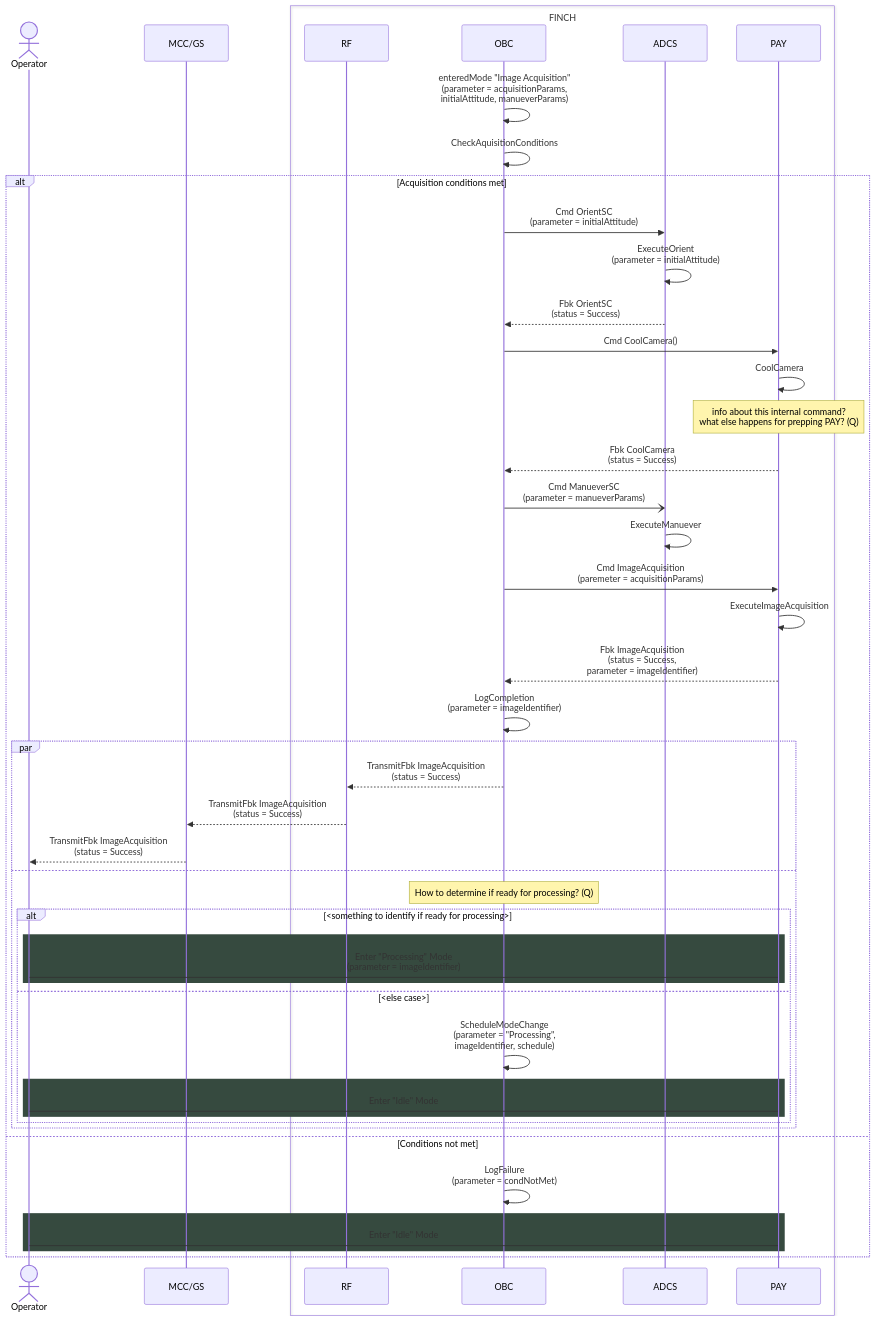
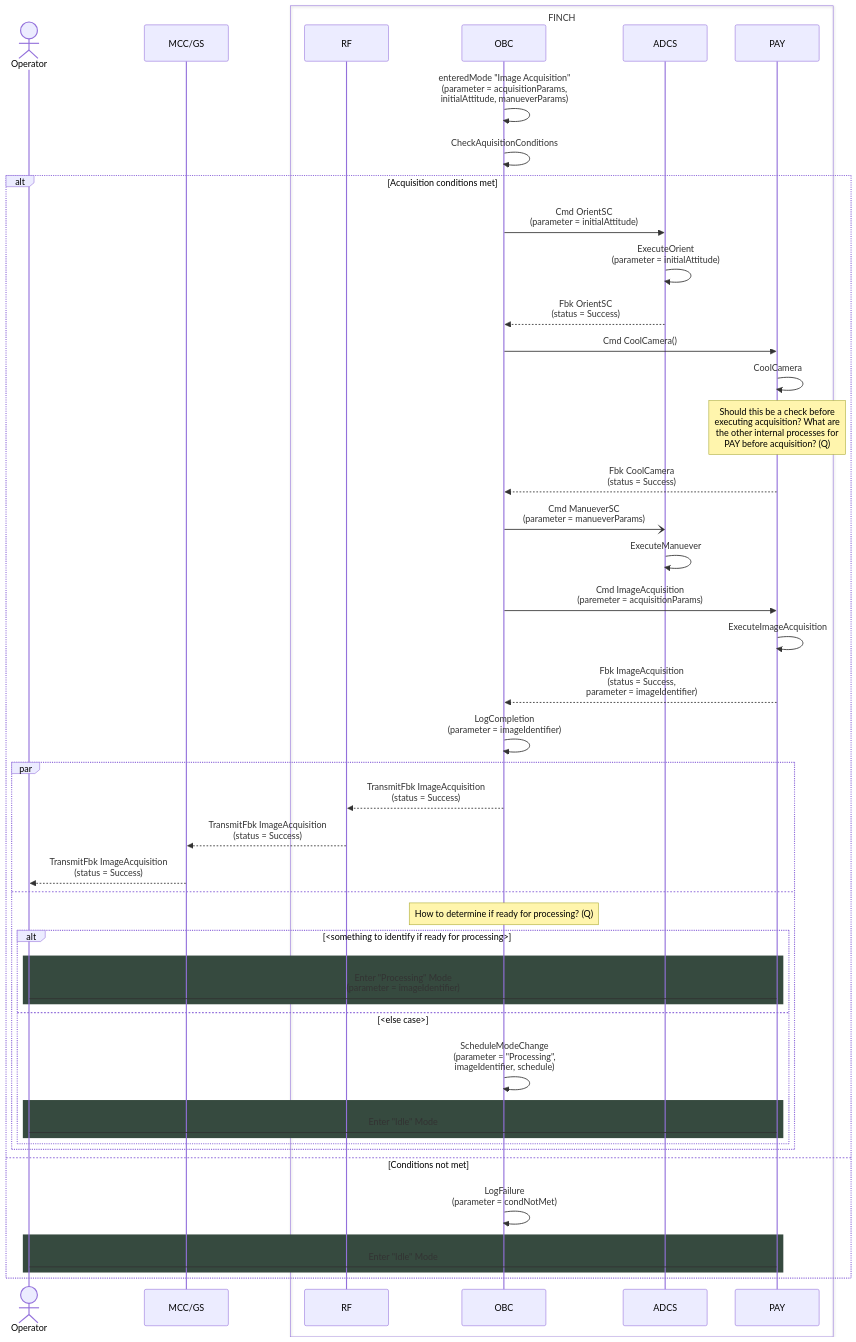
The diagram in command sequences/acquisition-command.md (Addy-lit/FINCH-system-architecture), drawn with Mermaid before and after one commit.

````diff
--- a/command sequences/acquisition-command.md
+++ b/command sequences/acquisition-command.md
@@ -2,56 +2,56 @@
 ```mermaid
 sequenceDiagram
     Actor Operator
     participant MCC/GS
     box FINCH
         participant RF
         participant OBC
         participant ADCS
         participant PAY
     end
 
     OBC ->> OBC: enteredMode "Image Acquisition" <br> (parameter = acquisitionParams, <br> initialAttitude, manueverParams)
     OBC ->> OBC: CheckAquisitionConditions
 
     alt Acquisition conditions met
         OBC ->> ADCS: Cmd OrientSC <br> (parameter = initialAttitude)
         ADCS ->> ADCS: ExecuteOrient <br> (parameter = initialAttitude)
         ADCS -->> OBC: Fbk OrientSC <br> (status = Success)
         OBC ->> PAY: Cmd CoolCamera()
         PAY ->> PAY: CoolCamera
-        note over PAY: info about this internal command? <br> what else happens for prepping PAY? (Q)
+        note over PAY: Should this be a check before <br> executing acquisition? What are <br> the other internal processes for <br> PAY before acquisition? (Q)
         PAY -->> OBC: Fbk CoolCamera <br> (status = Success)
 
         OBC -) ADCS: Cmd ManueverSC <br> (parameter = manueverParams)
         ADCS ->> ADCS: ExecuteManuever
         OBC ->> PAY: Cmd ImageAcquisition <br> (paremeter = acquisitionParams)
         PAY ->> PAY: ExecuteImageAcquisition
         PAY -->> OBC: Fbk ImageAcquisition <br> (status = Success, <br> parameter = imageIdentifier)
         OBC ->> OBC: LogCompletion <br> (parameter = imageIdentifier)
 
         par
             OBC -->> RF: TransmitFbk ImageAcquisition <br> (status = Success)
             RF -->> MCC/GS: TransmitFbk ImageAcquisition <br> (status = Success)
             MCC/GS -->> Operator: TransmitFbk ImageAcquisition <br> (status = Success)
         and
             note over OBC: How to determine if ready for processing? (Q)
             alt <something to identify if ready for processing>
                 rect rgb(54,74,63)
                     Operator -> PAY: Enter "Processing" Mode <br> (parameter = imageIdentifier)
                 end
             else <else case>
                 OBC ->> OBC: ScheduleModeChange <br> (parameter = "Processing", <br> imageIdentifier, schedule)
                 rect rgb(54,74,63)
                     Operator -> PAY: Enter "Idle" Mode
                 end
             end
         end
 
     else Conditions not met
         OBC ->> OBC: LogFailure <br> (parameter = condNotMet)
         rect rgb(54,74,63)
 	        Operator -> PAY: Enter "Idle" Mode
         end
     end
 
 ```
````
